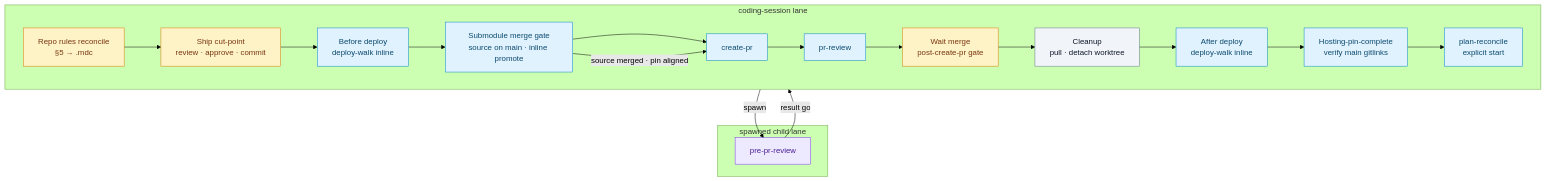
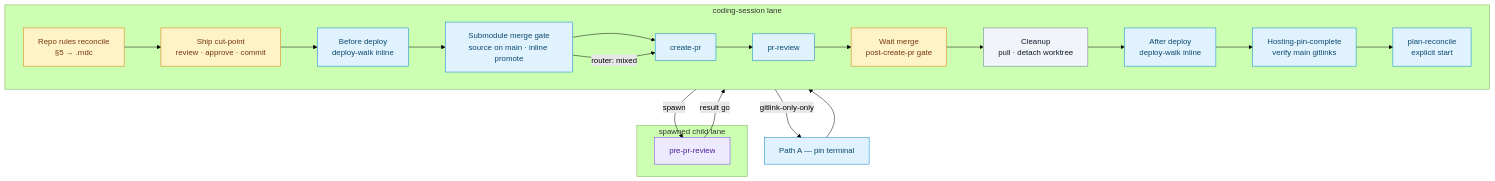
One commit to sedea-ai/software-development changed the diagram in missions/plan-and-deliver/docs/coding-session-ship-chain.md. Above: the diagram before and after it, drawn with Mermaid (forest theme). The commit also changed other lines of this file and 2 other files, not shown here.

First line of the commit message:
feat(plan-and-deliver): add gitlink-only ship router (P0)

````diff
--- a/missions/plan-and-deliver/docs/coding-session-ship-chain.md
+++ b/missions/plan-and-deliver/docs/coding-session-ship-chain.md
@@ -40,32 +40,34 @@
 ```mermaid
 flowchart TB
   classDef inline fill:#e0f2fe,stroke:#0284c7,color:#0c4a6e
   classDef spawn fill:#ede9fe,stroke:#7c3aed,color:#4c1d95
   classDef gate fill:#fef3c7,stroke:#d97706,color:#78350f
   classDef proc fill:#f1f5f9,stroke:#64748b,color:#0f172a
 
   subgraph CS["coding-session lane"]
     direction LR
     RRC["Repo rules reconcile<br/>§5 → .mdc"]:::gate
     CUT["Ship cut-point<br/>review · approve · commit"]:::gate
     BDW["Before deploy<br/>deploy-walk inline"]:::inline
     SMG["Submodule merge gate<br/>source on main · inline promote"]:::inline
     CPR["create-pr"]:::inline
     PRV["pr-review"]:::inline
     WAIT["Wait merge<br/>post-create-pr gate"]:::gate
     PMC["Cleanup<br/>pull · detach worktree"]:::proc
     PIN["Hosting-pin-complete<br/>verify main gitlinks"]:::inline
     ADW["After deploy<br/>deploy-walk inline"]:::inline
     REC["plan-reconcile<br/>explicit start"]:::inline
     RRC --> CUT --> BDW --> SMG --> CPR
     CPR --> PRV --> WAIT --> PMC --> ADW --> PIN --> REC
   end
 
   subgraph CHILD["spawned child lane"]
     PPR["pre-pr-review"]:::spawn
   end
 
   BDW -->|spawn| PPR
   PPR -->|result go| SMG
-  SMG -->|source merged · pin aligned| CPR
+  SMG -->|router: mixed| CPR
+  SMG -->|gitlink-only-only| PINPATH["Path A — pin terminal"]:::inline
+  PINPATH --> PMC
 ```
````
